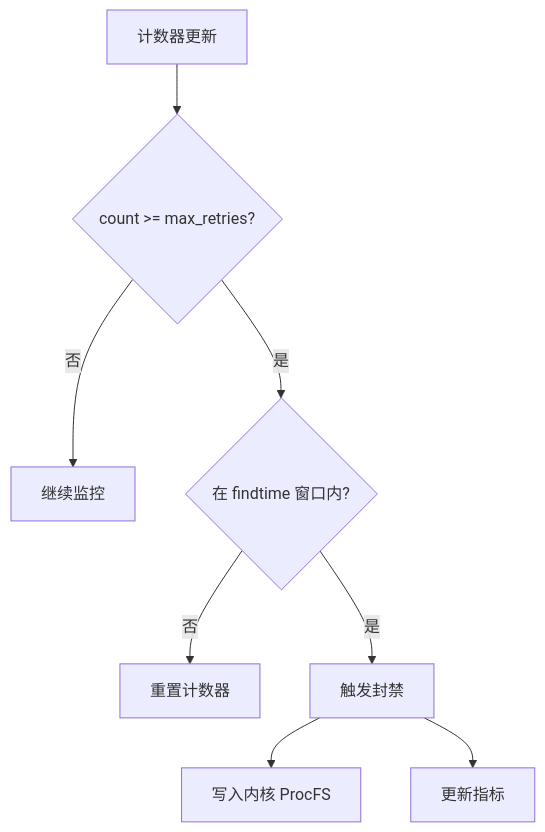
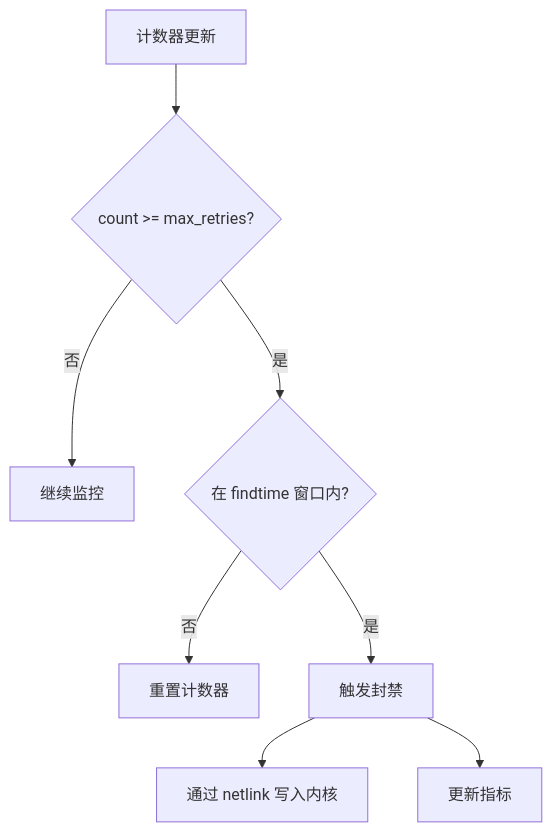
One commit to SnowCore8/linux-firewall-kmod changed the fifth of 7 diagrams in docs/zh/architecture/daemon.md. Above: the diagram before and after it, drawn with Mermaid. The commit also changed other lines of this file and 6 other files, not shown here.

First line of the commit message:
docs: align architecture framework (#10)

````diff
--- a/docs/zh/architecture/daemon.md
+++ b/docs/zh/architecture/daemon.md
@@ -227,10 +239,10 @@
 ```mermaid
 graph TB
     A["计数器更新"] --> B{"count >= max_retries?"}
     B -->|否| C["继续监控"]
     B -->|是| D{"在 findtime 窗口内?"}
     D -->|否| E["重置计数器"]
     D -->|是| F["触发封禁"]
-    F --> G["写入内核 ProcFS"]
+    F --> G["通过 netlink 写入内核"]
     F --> I["更新指标"]
 ```
````
